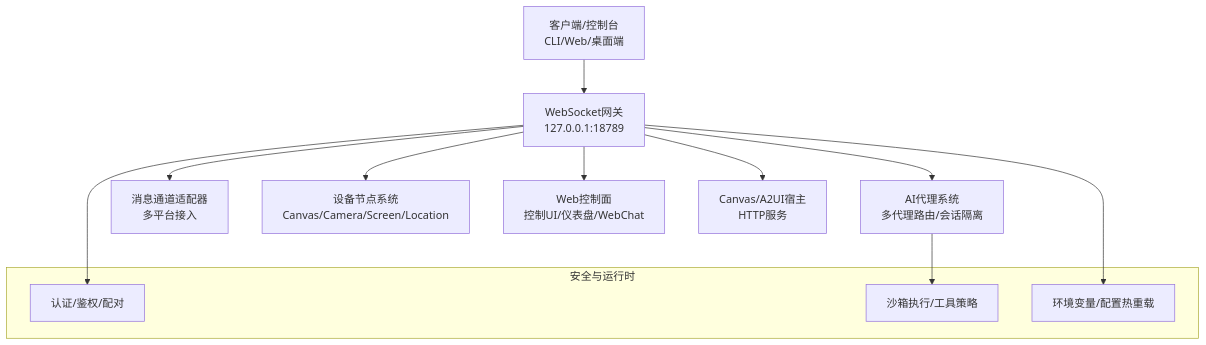
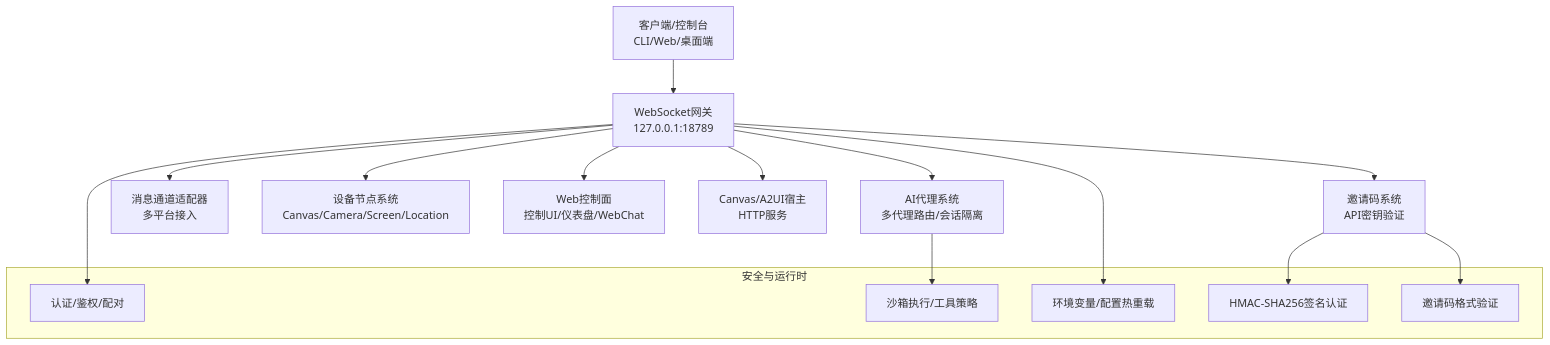
One commit to verse-ai-org/openclaw changed the second of 10 diagrams in .qoder/repowiki/zh/content/项目概述/技术架构概览/技术架构概览.md. Above: the diagram before and after it, drawn with Mermaid. The commit also changed other lines of this file and 27 other files, not shown here.

````diff
--- a/.qoder/repowiki/zh/content/项目概述/技术架构概览/技术架构概览.md
+++ b/.qoder/repowiki/zh/content/项目概述/技术架构概览/技术架构概览.md
@@ -155,17 +181,22 @@
 ```mermaid
 graph TB
 Client["客户端/控制台<br/>CLI/Web/桌面端"] --> WS["WebSocket网关<br/>127.0.0.1:18789"]
 WS --> Agents["AI代理系统<br/>多代理路由/会话隔离"]
 WS --> Channels["消息通道适配器<br/>多平台接入"]
 WS --> Nodes["设备节点系统<br/>Canvas/Camera/Screen/Location"]
 WS --> Web["Web控制面<br/>控制UI/仪表盘/WebChat"]
 WS --> Canvas["Canvas/A2UI宿主<br/>HTTP服务"]
+WS --> InviteCode["邀请码系统<br/>API密钥验证"]
 subgraph "安全与运行时"
 Auth["认证/鉴权/配对"]
 Sandbox["沙箱执行/工具策略"]
 Env["环境变量/配置热重载"]
+InviteAuth["HMAC-SHA256签名认证"]
+InviteValidation["邀请码格式验证"]
 end
 WS --> Auth
 Agents --> Sandbox
 WS --> Env
+InviteCode --> InviteAuth
+InviteCode --> InviteValidation
 ```
````
